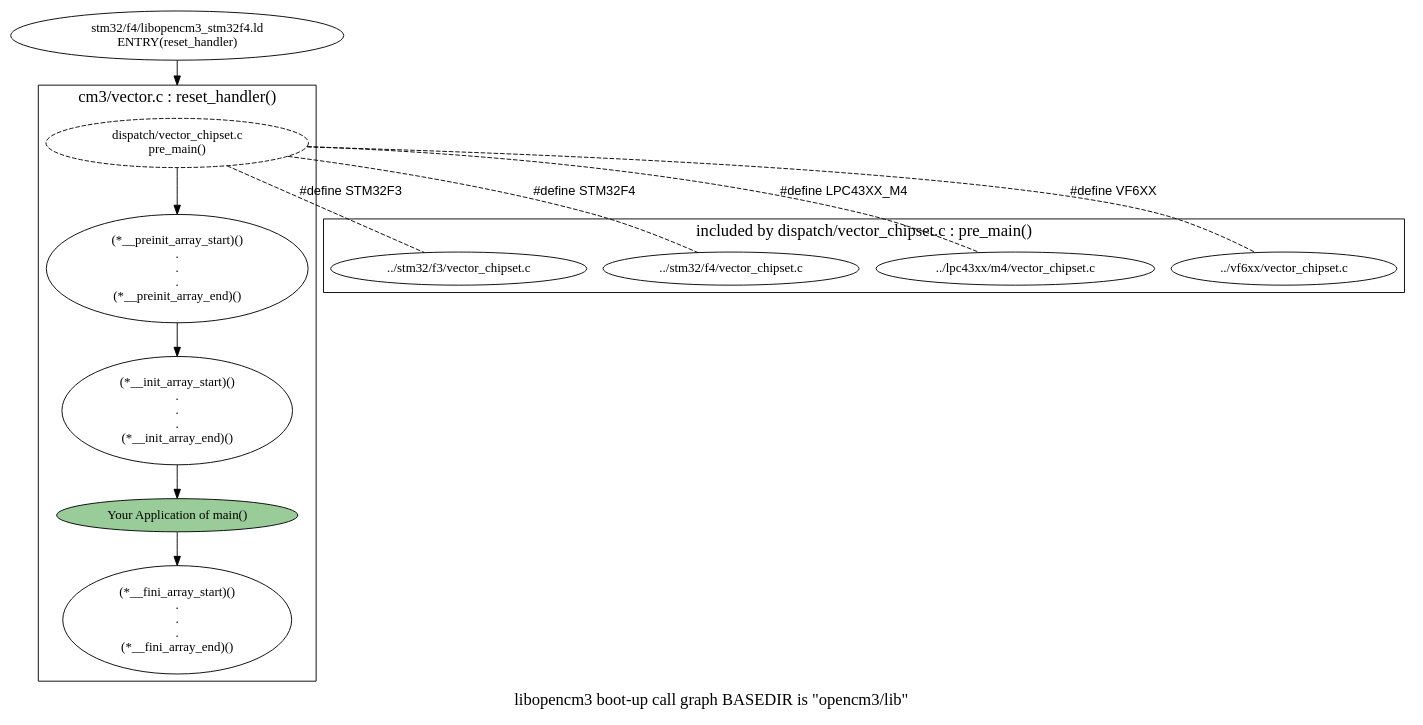
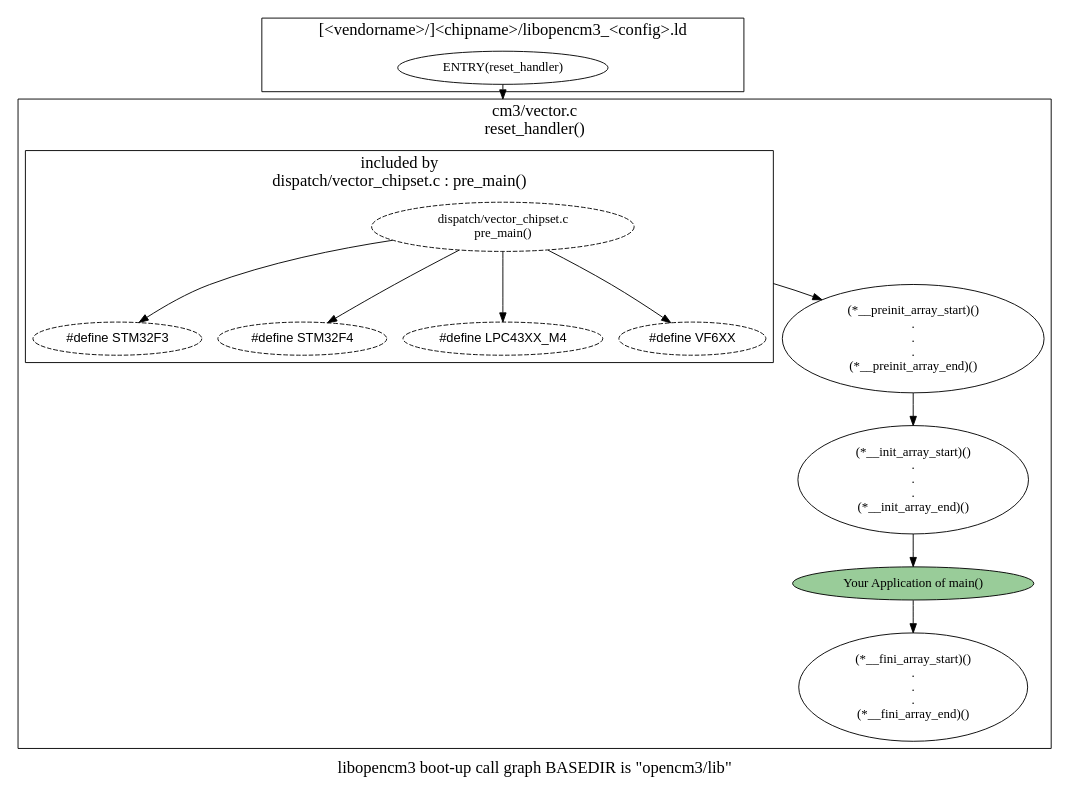
Before and after one commit to noztos/libopencm3: the diagram in lib/bootupCallGraph.dot, drawn with Graphviz.

Commit message:
brush-up

```diff
--- a/lib/bootupCallGraph.dot
+++ b/lib/bootupCallGraph.dot
@@ -1,67 +1,77 @@
 /*
  * Copyright (C) 2015
  *		Toshiaki NOZAWA <noz.tos <at> gmail_dot_com>
  * All rights reserved.
  *
  * Redistribution and use in source, with or without
  * modification, are permitted provided that the following conditions
  * are met:
  * 1. Redistributions of source code must retain the above copyright
  *    notice, this list of conditions and the following disclaimer.
  * 2. Redistributions in binary form must reproduce the above copyright
  *    notice, this list of conditions and the following disclaimer in the
  *    documentation and/or other materials provided with the distribution.
  * 3. All advertising materials mentioning features or use of this software
  *    must display the following acknowledgement:
  *        This product includes software developed by Toshiaki NOZAWA.
  * 4. Neither the name of Toshiaki NOZAWA nor the names of its
  *    contributors may be used to endorse or promote products derived
  *    from this software without specific prior written permission.
  *
  * THIS DOCUMENT IS PROVIDED BY TOSHIAKI NOZAWA AND CONTRIBUTORS
  * ``AS IS'' AND ANY EXPRESS OR IMPLIED WARRANTIES, INCLUDING, BUT NOT LIMITED
  * TO, THE IMPLIED WARRANTIES OF MERCHANTABILITY AND FITNESS FOR A PARTICULAR
  * PURPOSE ARE DISCLAIMED.  IN NO EVENT SHALL THE CORPORATION OR CONTRIBUTORS
  * BE LIABLE FOR ANY DIRECT, INDIRECT, INCIDENTAL, SPECIAL, EXEMPLARY, OR
  * CONSEQUENTIAL DAMAGES (INCLUDING, BUT NOT LIMITED TO, PROCUREMENT OF
  * SUBSTITUTE GOODS OR SERVICES; LOSS OF USE, DATA, OR PROFITS; OR BUSINESS
  * INTERRUPTION) HOWEVER CAUSED AND ON ANY THEORY OF LIABILITY, WHETHER IN
  * CONTRACT, STRICT LIABILITY, OR TORT (INCLUDING NEGLIGENCE OR OTHERWISE)
  * ARISING IN ANY WAY OUT OF THE USE OF THIS SOFTWARE, EVEN IF ADVISED OF THE
  * POSSIBILITY OF SUCH DAMAGE.
  */
 
 # usage:
 # simply do
 # > make
 # from terminal, then be generated ../bootupCallGraph.png
 
 digraph bootup {
 	graph [label = "libopencm3 boot-up call graph		BASEDIR is \"opencm3/lib\"", fontsize = 18, compound = true];
 
-	ENTRY [label = "stm32/f4/libopencm3_stm32f4.ld \n ENTRY(reset_handler)"];
+	ENTRY [label = "ENTRY(reset_handler)"];
 	pre_main [label = "dispatch/vector_chipset.c \n pre_main()", style = dashed];
 	main [label = "Your Application of main()", style = filled, fillcolor = "#99cc99"];
-
-	ENTRY -> pre_main [lhead = cluster_reset_handler]
+	preinit_array [label = " (*__preinit_array_start)() \n.\n.\n.\n (*__preinit_array_end)() "];
+	init_array [label = " (*__init_array_start)() \n.\n.\n.\n (*__init_array_end)() "];
+	fini_array [label = " (*__fini_array_start)() \n.\n.\n.\n (*__fini_array_end)() "];
 
 	subgraph cluster_reset_handler {
-		label = "cm3/vector.c : reset_handler()";
+		label = " cm3/vector.c \n reset_handler() ";
 		shape = circle;
 
 		pre_main
-			-> " (*__preinit_array_start)() \n.\n.\n.\n (*__preinit_array_end)() "
-			-> " (*__init_array_start)() \n.\n.\n.\n (*__init_array_end)() "
+			->  preinit_array [ltail = cluster_pre_main];
+		preinit_array
+			-> init_array
 			-> main
-			-> " (*__fini_array_start)() \n.\n.\n.\n (*__fini_array_end)() "
+			-> fini_array
+
+			subgraph cluster_pre_main {
+				label = "included by \n dispatch/vector_chipset.c : pre_main()";
+
+				pre_main ->
+				{
+					"../stm32/f3/vector_chipset.c" [label = "#define STM32F3", fontname = "Helvetica", dir = none, style = dashed];
+					"../stm32/f4/vector_chipset.c" [label = "#define STM32F4", fontname = "Helvetica", dir = none, style = dashed];
+					"../lpc43xx/m4/vector_chipset.c" [label = "#define LPC43XX_M4", fontname = "Helvetica", dir = none, style = dashed];
+					"../vf6xx/vector_chipset.c" [label = "#define VF6XX", fontname = "Helvetica", dir = none, style = dashed];
+				}
+			}
 	}
 
-	subgraph cluster_pre_main {
-		label = "included by dispatch/vector_chipset.c : pre_main()";
-
-		pre_main -> "../stm32/f3/vector_chipset.c" [label = "#define STM32F3", fontname = "Helvetica", dir = none, style = dashed];
-		pre_main -> "../stm32/f4/vector_chipset.c" [label = "#define STM32F4", fontname = "Helvetica", dir = none, style = dashed];
-		pre_main -> "../lpc43xx/m4/vector_chipset.c" [label = "#define LPC43XX_M4", fontname = "Helvetica", dir = none, style = dashed];
-		pre_main -> "../vf6xx/vector_chipset.c" [label = "#define VF6XX", fontname = "Helvetica", dir = none, style = dashed];
+	subgraph cluster_libopencm3_ld {
+		label = "[<vendorname>/]<chipname>/libopencm3_<config>.ld";
+			ENTRY -> pre_main [lhead = cluster_reset_handler]
 	}
 }
```
